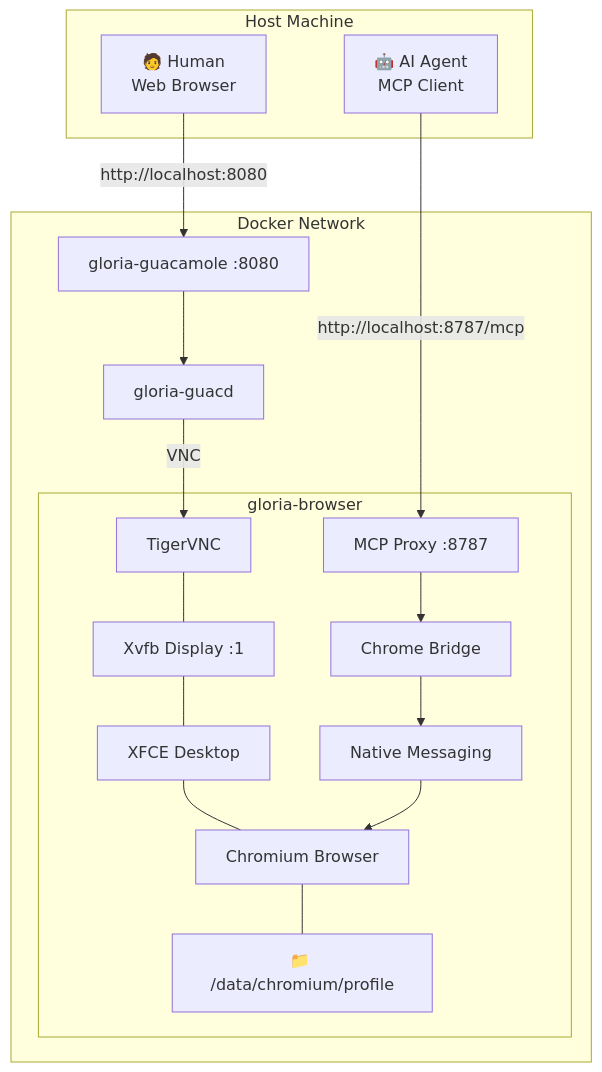
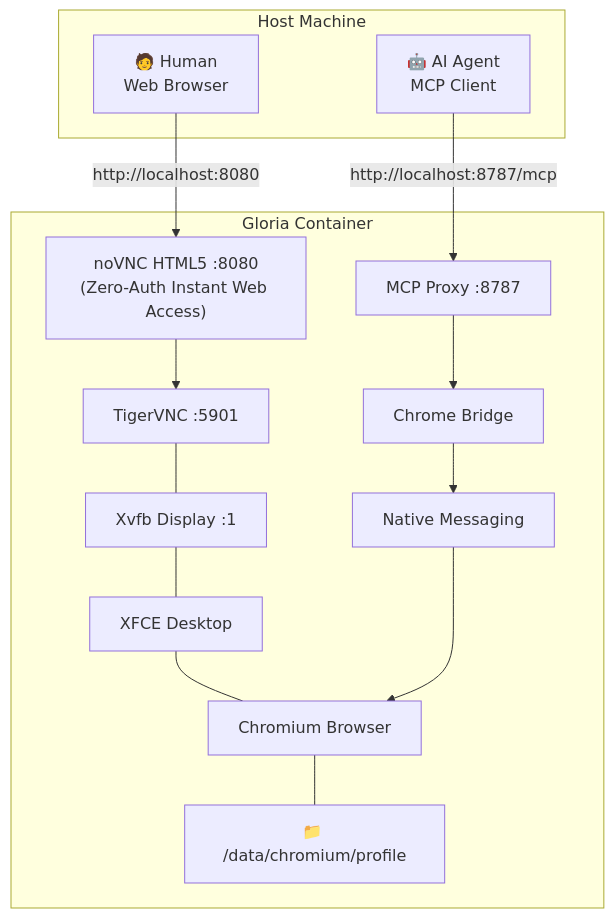
The diagram in README.md (sh7vansh/gloria), drawn with Mermaid before and after one commit. The commit also changed other lines of this file and 12 other files, not shown here.

Commit message:
feat: migrate to zero-auth noVNC web desktop and Chromium with headless extension loading

````diff
--- a/README.md
+++ b/README.md
@@ -15,36 +15,32 @@
 ```mermaid
 graph TB
     subgraph "Host Machine"
         Human["🧑 Human<br>Web Browser"]
         AI["🤖 AI Agent<br>MCP Client"]
     end
 
-    subgraph "Docker Network"
-        subgraph "gloria-browser"
-            XFCE["XFCE Desktop"]
-            Xvfb["Xvfb Display :1"]
-            VNC["TigerVNC"]
-            Chromium["Chromium Browser"]
-            CB["Chrome Bridge"]
-            NM["Native Messaging"]
-            MCP["MCP Proxy :8787"]
-            Profile["📁 /data/chromium/profile"]
-        end
+    subgraph "Gloria Container"
+        WebDesktop["noVNC HTML5 :8080<br>(Zero-Auth Instant Web Access)"]
+        VNC["TigerVNC :5901"]
+        Xvfb["Xvfb Display :1"]
+        XFCE["XFCE Desktop"]
+        Chromium["Chromium Browser"]
+        CB["Chrome Bridge"]
+        NM["Native Messaging"]
+        MCP["MCP Proxy :8787"]
+        Profile["📁 /data/chromium/profile"]
 
-        guacd["gloria-guacd"]
-        guacamole["gloria-guacamole :8080"]
+        WebDesktop --> VNC
+        VNC --- Xvfb
+        Xvfb --- XFCE
+        XFCE --- Chromium
+        Chromium --- Profile
+
+        MCP --> CB
+        CB --> NM
+        NM --> Chromium
     end
 
-    Human -->|"http://localhost:8080"| guacamole
-    guacamole --> guacd
-    guacd -->|VNC| VNC
-    VNC --- Xvfb
-    Xvfb --- XFCE
-    XFCE --- Chromium
-    Chromium --- Profile
-
+    Human -->|"http://localhost:8080"| WebDesktop
     AI -->|"http://localhost:8787/mcp"| MCP
-    MCP --> CB
-    CB --> NM
-    NM --> Chromium
 ```
````
